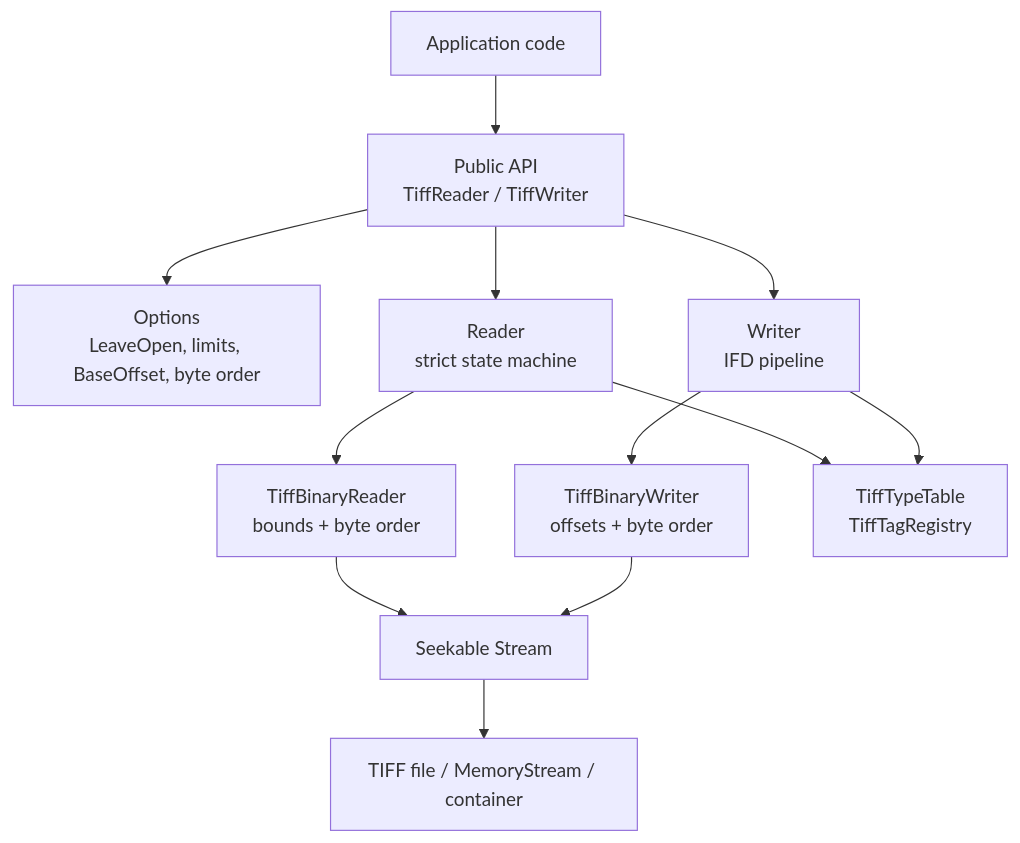
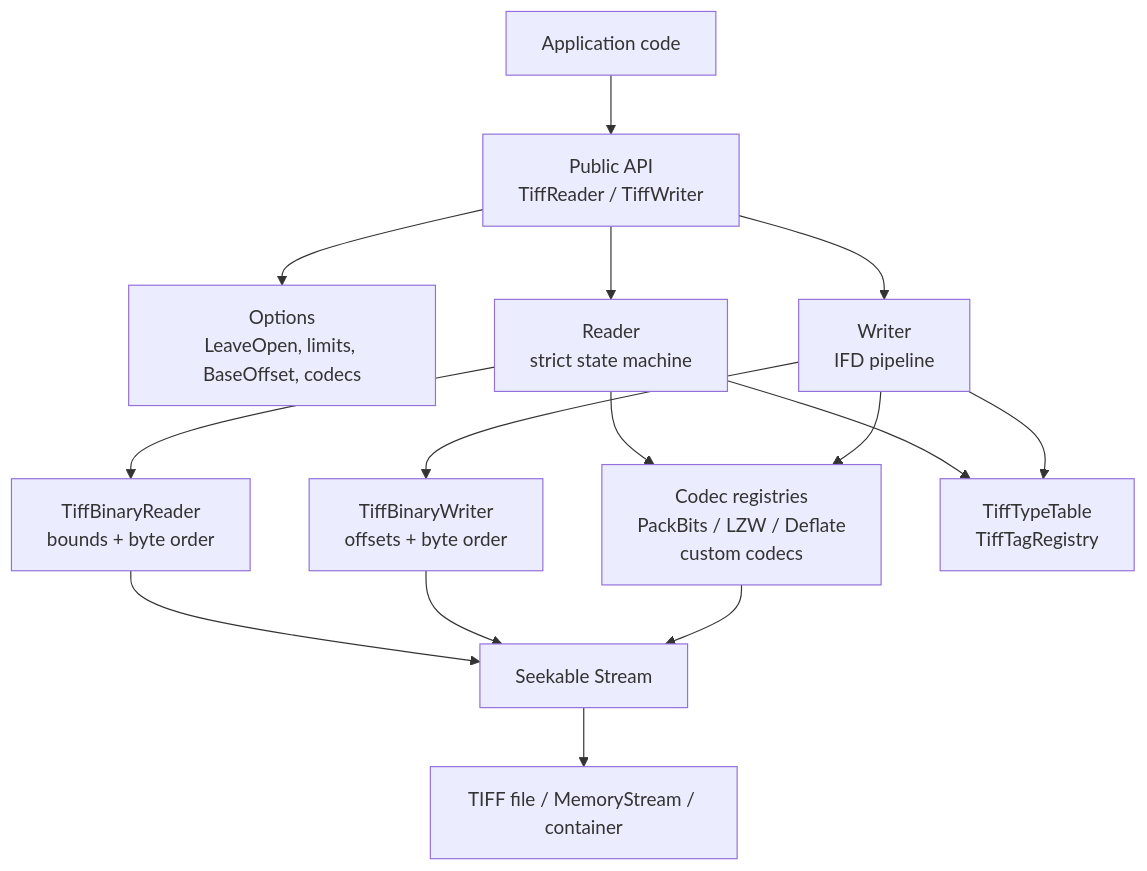
Before and after one commit to saraff-9EB1047A4BEB4cef8506B29BA325BD5A/saraff-9EB1047A4BEB4cef8506B29BA325BD5A.github.io: the diagram in sarafftiff/index.md, drawn with Mermaid. The commit also changed other lines of this file and 9 other files, not shown here.

````diff
--- a/sarafftiff/index.md
+++ b/sarafftiff/index.md
@@ -42,14 +44,17 @@
 ```mermaid
 flowchart TB
     App["Application code"] --> API["Public API<br/>TiffReader / TiffWriter"]
-    API --> Options["Options<br/>LeaveOpen, limits, BaseOffset, byte order"]
+    API --> Options["Options<br/>LeaveOpen, limits, BaseOffset, codecs"]
     API --> R["Reader<br/>strict state machine"]
     API --> W["Writer<br/>IFD pipeline"]
     R --> IOR["TiffBinaryReader<br/>bounds + byte order"]
     W --> IOW["TiffBinaryWriter<br/>offsets + byte order"]
+    R --> Codecs["Codec registries<br/>PackBits / LZW / Deflate<br/>custom codecs"]
+    W --> Codecs
     R --> Cache["TiffTypeTable<br/>TiffTagRegistry"]
     W --> Cache
     IOR --> Stream["Seekable Stream"]
     IOW --> Stream
+    Codecs --> Stream
     Stream --> File["TIFF file / MemoryStream / container"]
 ```
````
